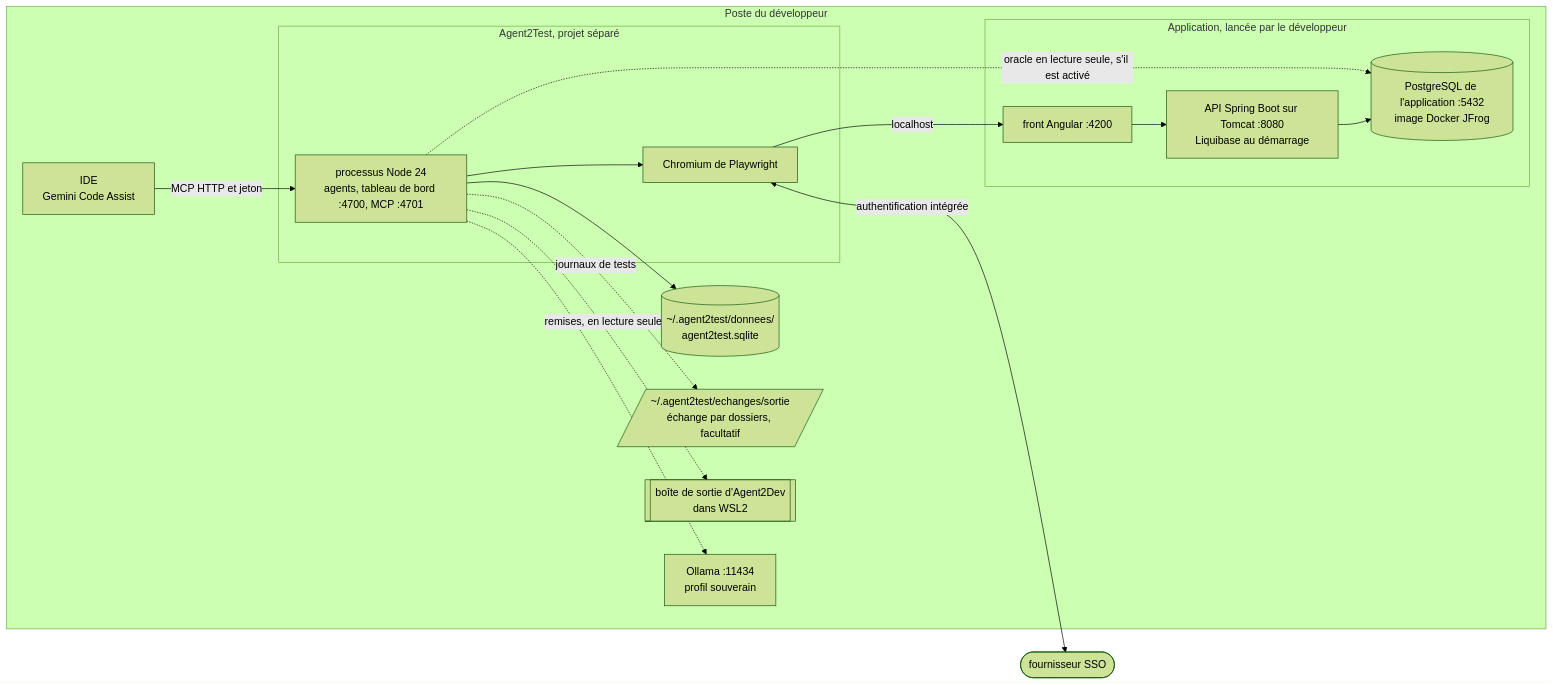
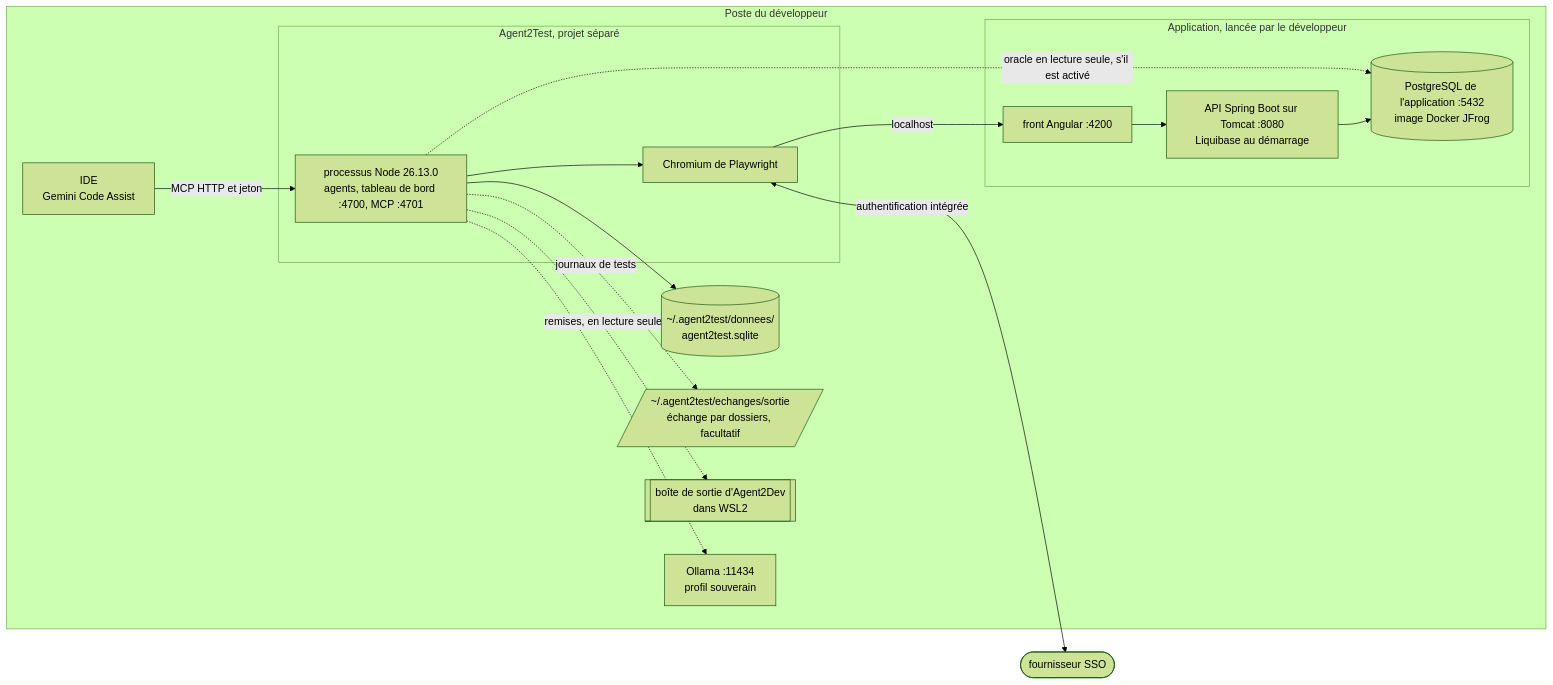
Before and after one commit to FredGarcia/Agent2Prompt: the diagram in specs/agent2test/modules/exploitation/SKILL.md, drawn with Mermaid (forest theme). The commit also changed other lines of this file and 39 other files, not shown here.

````diff
--- a/specs/agent2test/modules/exploitation/SKILL.md
+++ b/specs/agent2test/modules/exploitation/SKILL.md
@@ -14,30 +14,30 @@
 ```mermaid
 flowchart LR
   IDP(["fournisseur SSO"])
   subgraph POSTE["Poste du développeur"]
     subgraph APPLI["Application, lancée par le développeur"]
       NG["front Angular :4200"]
       API["API Spring Boot sur Tomcat :8080<br/>Liquibase au démarrage"]
       PGA[("PostgreSQL de l'application :5432<br/>image Docker JFrog")]
     end
     subgraph A2T["Agent2Test, projet séparé"]
-      NODE["processus Node 24<br/>agents, tableau de bord :4700, MCP :4701"]
+      NODE["processus Node 26.13.0<br/>agents, tableau de bord :4700, MCP :4701"]
       CHR["Chromium de Playwright"]
     end
     BDD[("~/.agent2test/donnees/<br/>agent2test.sqlite")]
     ECH[/"~/.agent2test/echanges/sortie<br/>échange par dossiers, facultatif"/]
     A2D[["boîte de sortie d'Agent2Dev<br/>dans WSL2"]]
     OLL["Ollama :11434<br/>profil souverain"]
     VSC["IDE<br/>Gemini Code Assist"]
   end
   VSC -->|"MCP HTTP et jeton"| NODE
   NODE --> CHR
   CHR -->|"localhost"| NG
   NG --> API --> PGA
   CHR <-->|"authentification intégrée"| IDP
   NODE --> BDD
   NODE -.-> OLL
   NODE -.->|"oracle en lecture seule, s'il est activé"| PGA
   NODE -.->|"journaux de tests"| ECH
   NODE -.->|"remises, en lecture seule"| A2D
 ```
````
